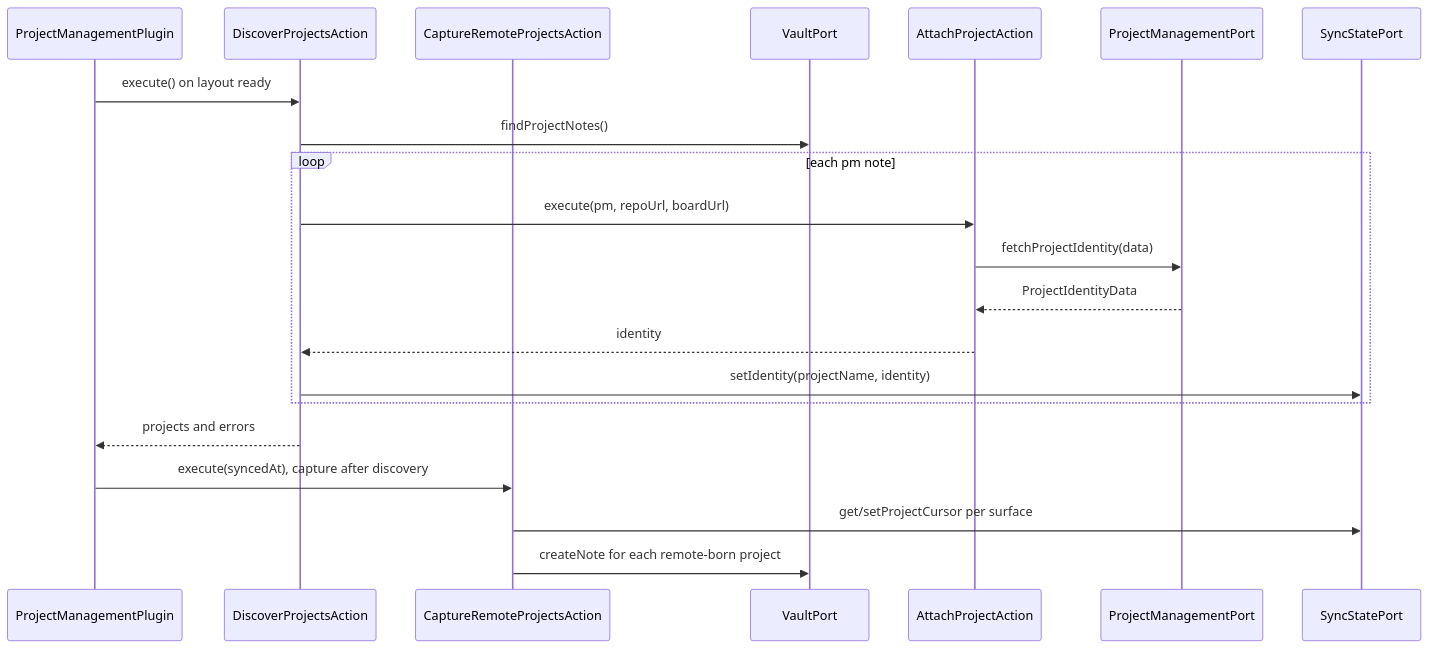
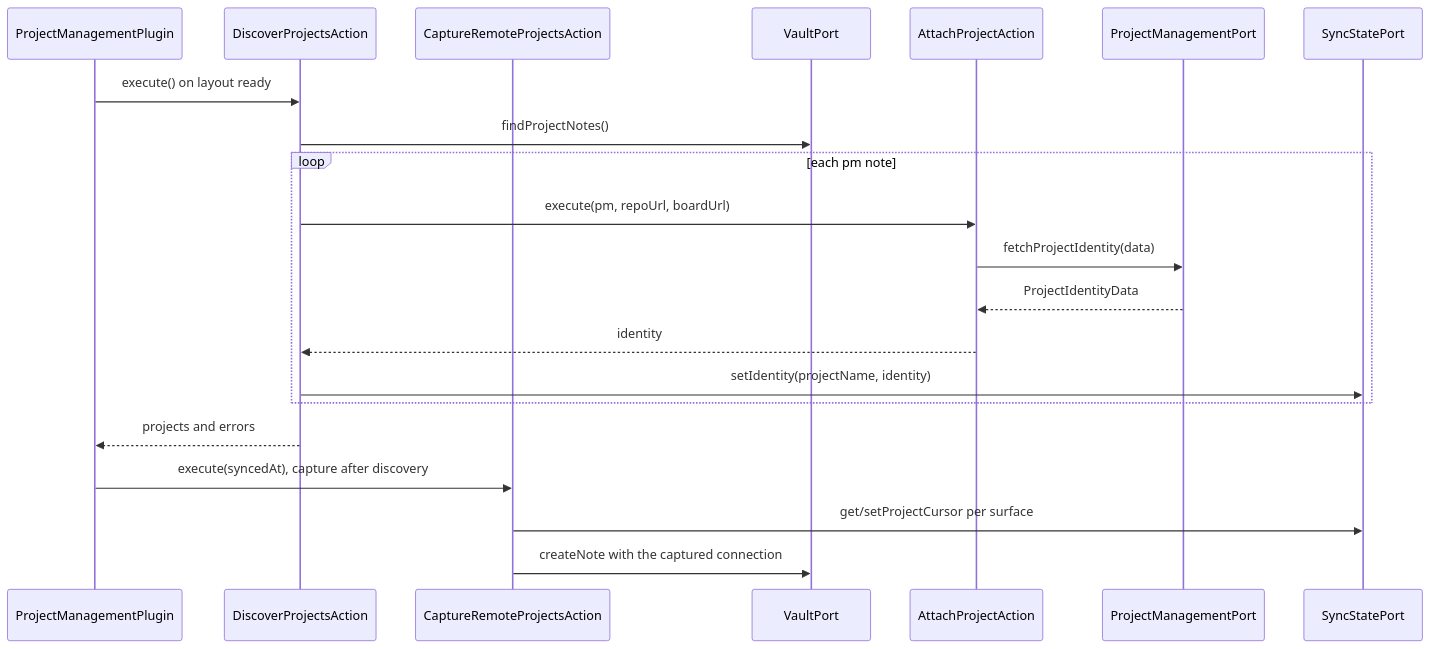
Diagram 24 of 25 in docs/developer-manual.md (99linesofcode/obsidian-project-management), drawn with Mermaid before and after one commit. The commit also changed other lines of this file and 1 other file, not shown here.

First line of the commit message:
docs: document capture and archived migration under the connection model

````diff
--- a/docs/developer-manual.md
+++ b/docs/developer-manual.md
@@ -1000,24 +1017,24 @@
 ```mermaid
 sequenceDiagram
   participant P as ProjectManagementPlugin
   participant D as DiscoverProjectsAction
   participant Cap as CaptureRemoteProjectsAction
   participant V as VaultPort
   participant A as AttachProjectAction
   participant PM as ProjectManagementPort
   participant SS as SyncStatePort
 
   P->>D: execute() on layout ready
   D->>V: findProjectNotes()
   loop each pm note
     D->>A: execute(pm, repoUrl, boardUrl)
     A->>PM: fetchProjectIdentity(data)
     PM-->>A: ProjectIdentityData
     A-->>D: identity
     D->>SS: setIdentity(projectName, identity)
   end
   D-->>P: projects and errors
   P->>Cap: execute(syncedAt), capture after discovery
   Cap->>SS: get/setProjectCursor per surface
-  Cap->>V: createNote for each remote-born project
+  Cap->>V: createNote with the captured connection
 ```
````
